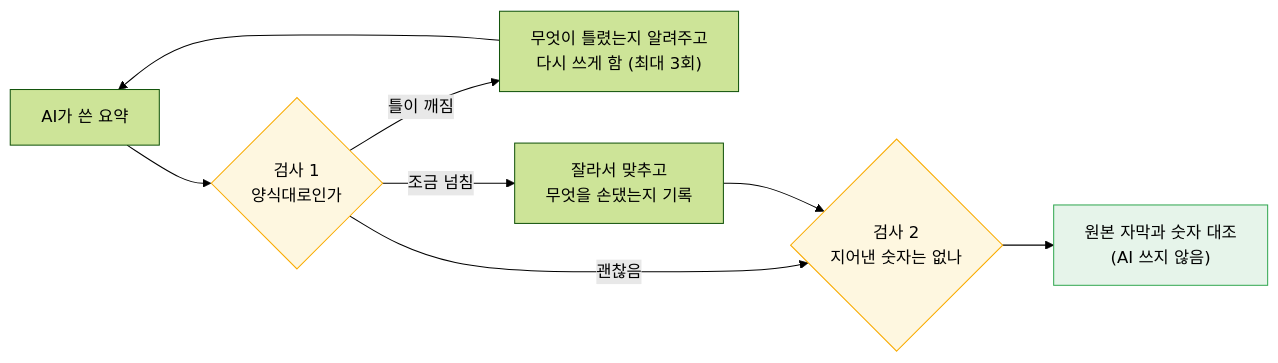
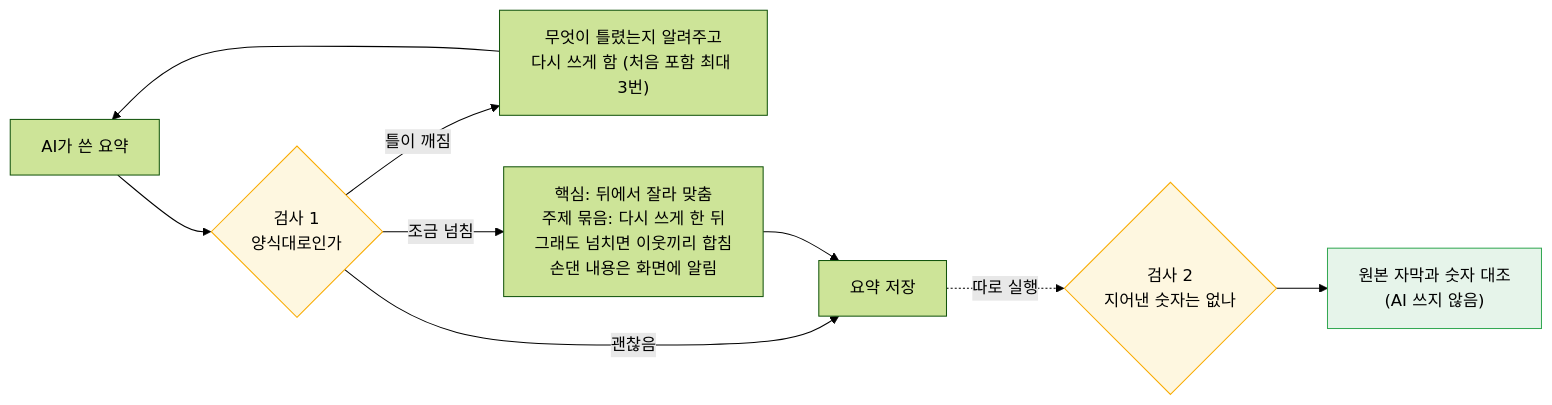
The second of 4 diagrams in architecture.md (junh0328/youtube-transcript-extractor), drawn with Mermaid (forest theme) before and after one commit. The commit also changed other lines of this file and 14 other files, not shown here.

````diff
--- a/architecture.md
+++ b/architecture.md
@@ -97,14 +95,15 @@
 ```mermaid
 flowchart LR
     A["AI가 쓴 요약"] --> B{"검사 1<br/>양식대로인가"}
-    B -->|"틀이 깨짐"| C["무엇이 틀렸는지 알려주고<br/>다시 쓰게 함 (최대 3회)"]
+    B -->|"틀이 깨짐"| C["무엇이 틀렸는지 알려주고<br/>다시 쓰게 함 (처음 포함 최대 3번)"]
     C --> A
-    B -->|"조금 넘침"| D["잘라서 맞추고<br/>무엇을 손댔는지 기록"]
-    B -->|"괜찮음"| E{"검사 2<br/>지어낸 숫자는 없나"}
-    D --> E
+    B -->|"조금 넘침"| D["핵심: 뒤에서 잘라 맞춤<br/>주제 묶음: 다시 쓰게 한 뒤<br/>그래도 넘치면 이웃끼리 합침<br/>손댄 내용은 화면에 알림"]
+    B -->|"괜찮음"| R["요약 저장"]
+    D --> R
+    R -.->|"따로 실행"| E{"검사 2<br/>지어낸 숫자는 없나"}
     E --> F["원본 자막과 숫자 대조<br/>(AI 쓰지 않음)"]
 
     style B fill:#fef7e0,stroke:#f9ab00
     style E fill:#fef7e0,stroke:#f9ab00
     style F fill:#e6f4ea,stroke:#34a853
 ```
````
